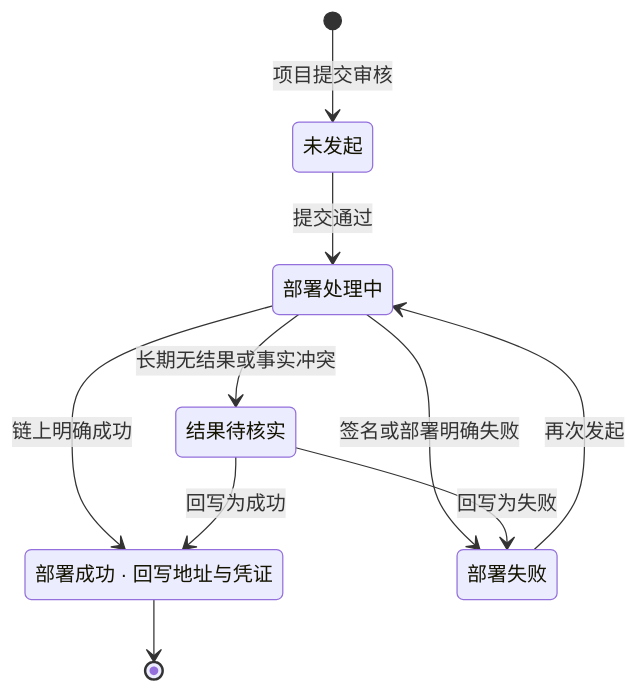
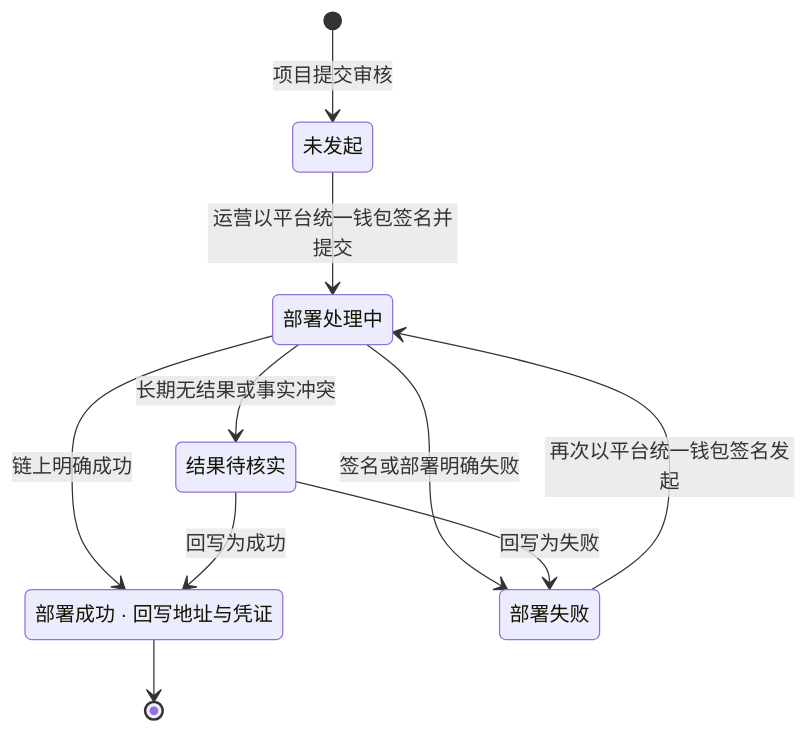
One commit to wxblockchain/Chain-Financing changed the fifth of 5 diagrams in lending-platform/PRD/运营端/04-运营端项目合约管理/02-运营端项目合约管理-流程图与状态机.md. Above: the diagram before and after it, drawn with Mermaid. The commit also changed other lines of this file and 10 other files, not shown here.

````diff
--- a/lending-platform/PRD/运营端/04-运营端项目合约管理/02-运营端项目合约管理-流程图与状态机.md
+++ b/lending-platform/PRD/运营端/04-运营端项目合约管理/02-运营端项目合约管理-流程图与状态机.md
@@ -114,17 +116,17 @@
 ```mermaid
 stateDiagram-v2
   NONE: 未发起
   RUNNING: 部署处理中
   SUCCESS: 部署成功 · 回写地址与凭证
   FAILED: 部署失败
   UNKNOWN: 结果待核实
   [*] --> NONE: 项目提交审核
-  NONE --> RUNNING: 提交通过
+  NONE --> RUNNING: 运营以平台统一钱包签名并提交
   RUNNING --> SUCCESS: 链上明确成功
   RUNNING --> FAILED: 签名或部署明确失败
   RUNNING --> UNKNOWN: 长期无结果或事实冲突
-  FAILED --> RUNNING: 再次发起
+  FAILED --> RUNNING: 再次以平台统一钱包签名发起
   UNKNOWN --> SUCCESS: 回写为成功
   UNKNOWN --> FAILED: 回写为失败
   SUCCESS --> [*]
 ```
````
